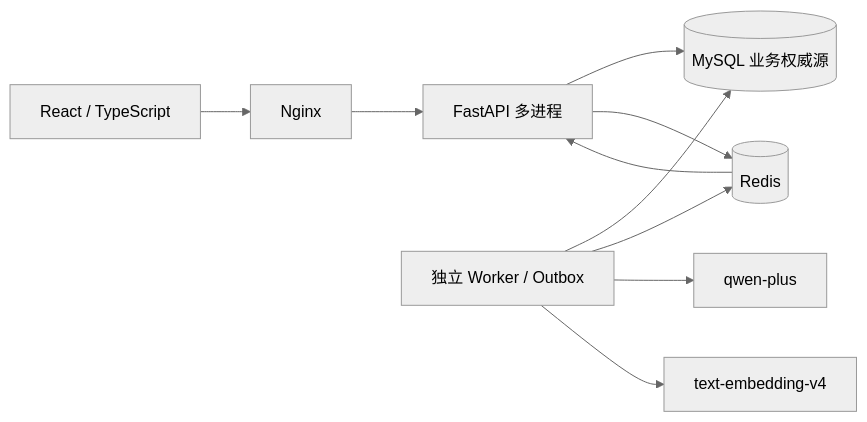
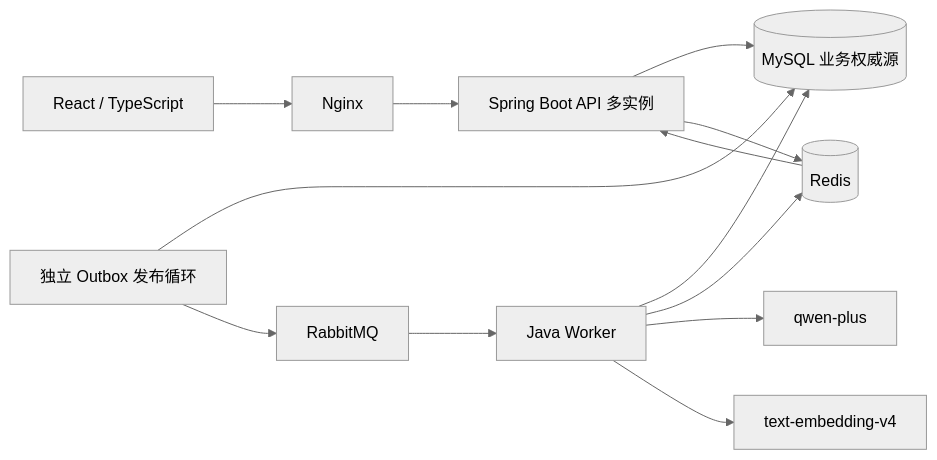
Before and after one commit to cz2211262357-creator/servicehub-ai: the diagram in README.md, drawn with Mermaid (neutral theme). The commit also changed other lines of this file and 301 other files, not shown here.

Commit message:
feat: publish Spring Boot service platform with fenced jobs and RAG

```diff
--- a/README.md
+++ b/README.md
@@ -34,12 +35,15 @@
 ~~~mermaid
 flowchart LR
-    UI[React / TypeScript] --> WEB[Nginx]
-    WEB --> API[FastAPI 多进程]
+    UI[React / TypeScript] --> N[Nginx]
+    N --> API[Spring Boot API 多实例]
     API --> DB[(MySQL 业务权威源)]
-    API --> REDIS[(Redis)]
-    WORKER[独立 Worker / Outbox] --> DB
-    WORKER --> REDIS
-    WORKER --> LLM[qwen-plus]
-    WORKER --> EMB[text-embedding-v4]
-    REDIS --> API
+    API --> R[(Redis)]
+    OB[独立 Outbox 发布循环] --> DB
+    OB --> Q[RabbitMQ]
+    Q --> W[Java Worker]
+    W --> DB
+    W --> R
+    W --> L[qwen-plus]
+    W --> E[text-embedding-v4]
+    R --> API
 ~~~
```
